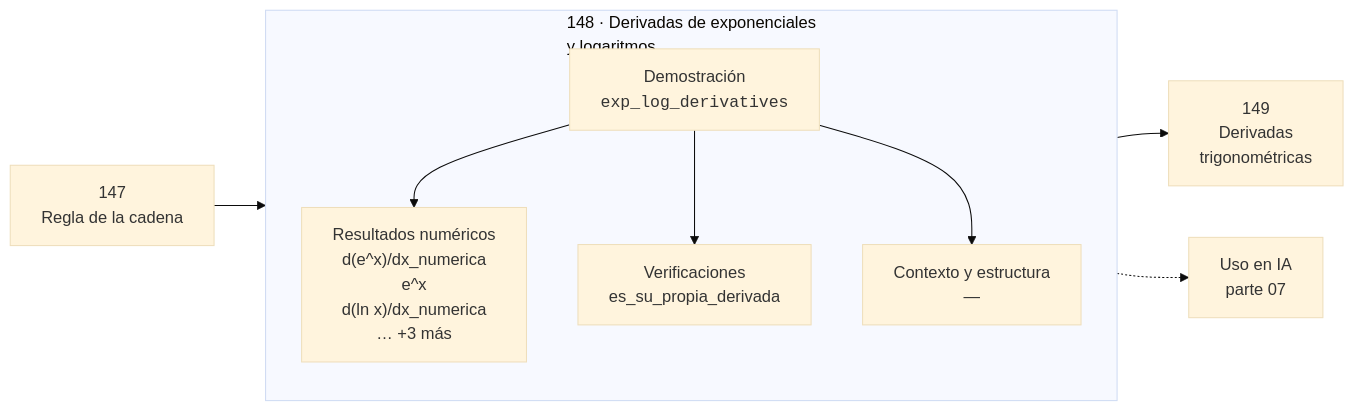
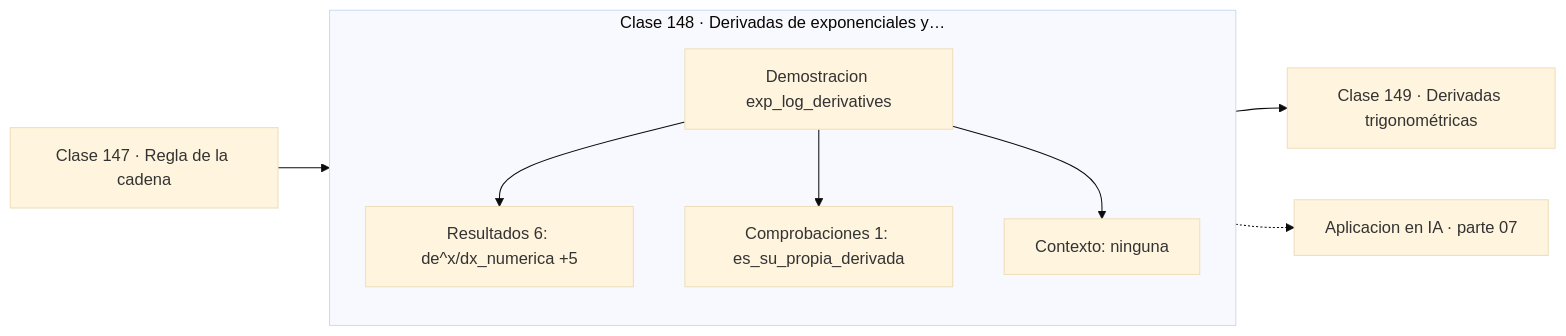
The diagram in classes/part-07-calculo-diferencial-e-integral/148-derivadas-de-exponenciales-y-logaritmos/README.md (vladimiracunadev-create/computational-mathematics-program), drawn with Mermaid (base theme) before and after one commit. The commit also changed 389 other files, not shown here.

First line of the commit message:
fix(diagramas): elimina el HTML de las etiquetas Mermaid

````diff
--- a/classes/part-07-calculo-diferencial-e-integral/148-derivadas-de-exponenciales-y-logaritmos/README.md
+++ b/classes/part-07-calculo-diferencial-e-integral/148-derivadas-de-exponenciales-y-logaritmos/README.md
@@ -30,12 +30,13 @@
 ```mermaid
 flowchart LR
-    P["147<br/>Regla de la cadena"] --> C
-    subgraph C["148 · Derivadas de exponenciales<br/>y logaritmos"]
+    P["Clase 147 · Regla de la cadena"] --> D
+    subgraph CLASE["Clase 148 · Derivadas de exponenciales y…"]
         direction TB
-        D["Demostración<br/><code>exp_log_derivatives</code>"] --> R["Resultados numéricos<br/>d(e^x)/dx_numerica<br/>e^x<br/>d(ln x)/dx_numerica<br/>… +3 más"]
-        D --> V["Verificaciones<br/>es_su_propia_derivada"]
-        D --> O["Contexto y estructura<br/>—"]
+        D["Demostracion exp_log_derivatives"]
+        D --> R["Resultados 6: de^x/dx_numerica +5"]
+        D --> V["Comprobaciones 1: es_su_propia_derivada"]
+        D --> O["Contexto: ninguna"]
     end
-    C --> N["149<br/>Derivadas<br/>trigonométricas"]
-    C -.-> IA["Uso en IA<br/>parte 07"]
+    R --> N["Clase 149 · Derivadas trigonométricas"]
+    V -.-> IA["Aplicacion en IA · parte 07"]
 ```
````
